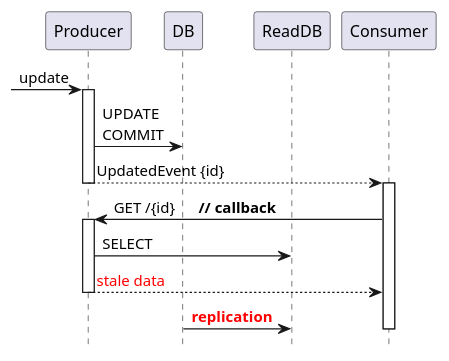
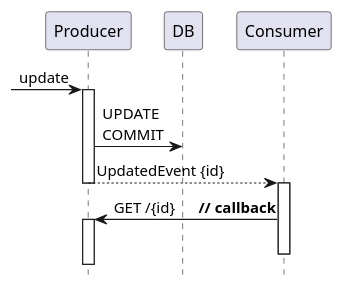
Before and after one commit to victorrentea/kafka: the diagram in patterns/devoxx/4_consumer_callback_race_vs_producer_replication.puml, drawn with PlantUML.

Commit message:
prep devoxx.be

```diff
--- a/patterns/devoxx/4_consumer_callback_race_vs_producer_replication.puml
+++ b/patterns/devoxx/4_consumer_callback_race_vs_producer_replication.puml
@@ -1,22 +1,22 @@
 @startuml
 'title Consumer Callback Race vs Produce DB Replication
 hide footbox
 participant Producer
 participant Consumer order 99
 participant DB
 
 -> Producer++:update
 Producer -> DB: UPDATE\nCOMMIT
 Consumer<--Producer--: UpdatedEvent {id}
 Consumer++
 Consumer->Producer++: GET /{id}      **// callback**
 
 '⭐uncomment below
-Producer->ReadDB: SELECT
+'Producer->DB.replica: SELECT
 
-Consumer<--Producer--: <font color=red>stale data
-DB -> ReadDB: **<font color=red>replication**
+'Consumer<--Producer--: <font color=red>stale data
+'DB -> DB.replica: **<font color=red>replication**
 
 Consumer--
 
 @enduml
```
